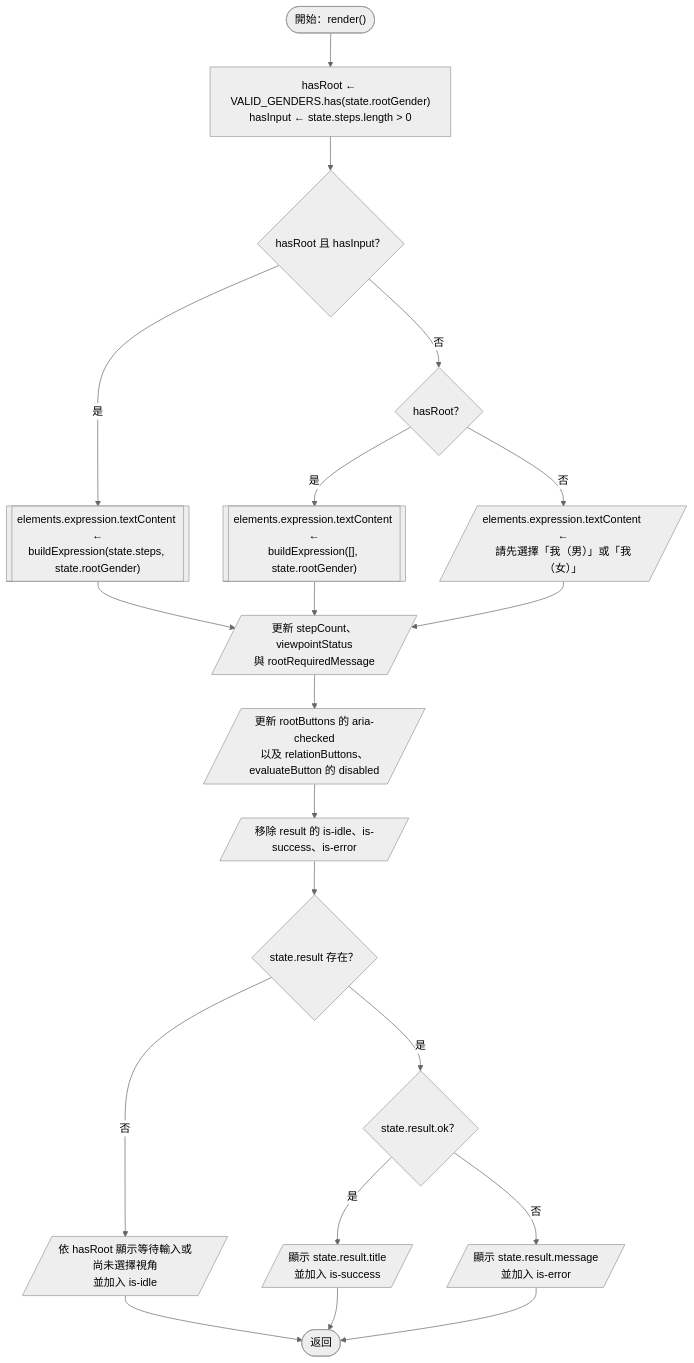
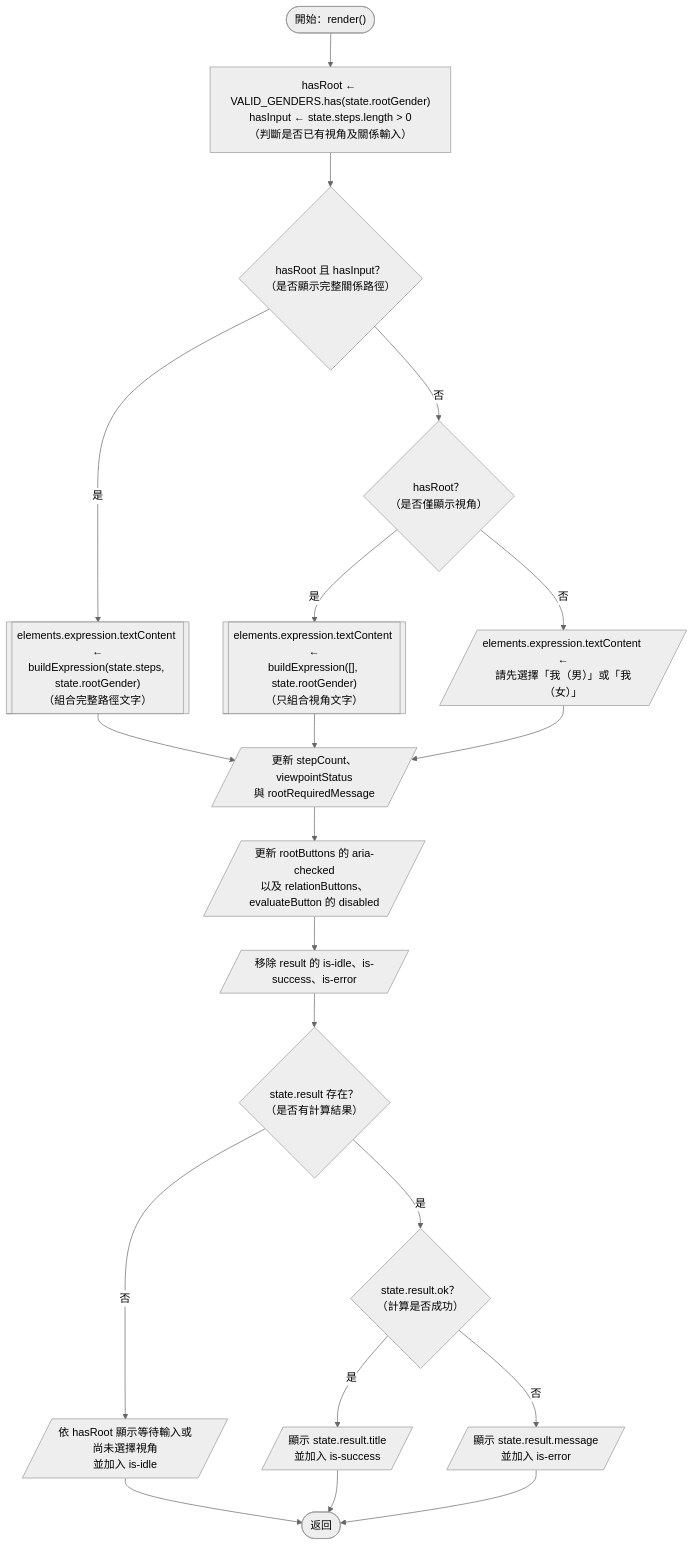
One commit to Chuen666666/hw3 changed diagram 13 of 29 in README.md. Above: the diagram before and after it, drawn with Mermaid (neutral theme). The commit also changed other lines of this file and 1 other file, not shown here.

Commit message:
補充流程圖程式碼中文說明

````diff
--- a/README.md
+++ b/README.md
@@ -159,22 +159,22 @@
 ```mermaid
 flowchart TD
-    START(["開始：render()"]) --> FLAGS["hasRoot ← VALID_GENDERS.has(state.rootGender)<br/>hasInput ← state.steps.length > 0"]
-    FLAGS --> BOTH{"hasRoot 且 hasInput？"}
-    BOTH -- "是" --> EXPRESSION_FULL[["elements.expression.textContent ←<br/>buildExpression(state.steps, state.rootGender)"]]
-    BOTH -- "否" --> ROOT_ONLY{"hasRoot？"}
-    ROOT_ONLY -- "是" --> EXPRESSION_ROOT[["elements.expression.textContent ←<br/>buildExpression([], state.rootGender)"]]
+    START(["開始：render()"]) --> FLAGS["hasRoot ← VALID_GENDERS.has(state.rootGender)<br/>hasInput ← state.steps.length > 0<br/>（判斷是否已有視角及關係輸入）"]
+    FLAGS --> BOTH{"hasRoot 且 hasInput？<br/>（是否顯示完整關係路徑）"}
+    BOTH -- "是" --> EXPRESSION_FULL[["elements.expression.textContent ←<br/>buildExpression(state.steps, state.rootGender)<br/>（組合完整路徑文字）"]]
+    BOTH -- "否" --> ROOT_ONLY{"hasRoot？<br/>（是否僅顯示視角）"}
+    ROOT_ONLY -- "是" --> EXPRESSION_ROOT[["elements.expression.textContent ←<br/>buildExpression([], state.rootGender)<br/>（只組合視角文字）"]]
     ROOT_ONLY -- "否" --> EXPRESSION_EMPTY[/"elements.expression.textContent ←<br/>請先選擇「我（男）」或「我（女）」"/]
     EXPRESSION_FULL --> OUTPUT_MAIN[/"更新 stepCount、viewpointStatus<br/>與 rootRequiredMessage"/]
     EXPRESSION_ROOT --> OUTPUT_MAIN
     EXPRESSION_EMPTY --> OUTPUT_MAIN
     OUTPUT_MAIN --> OUTPUT_BUTTONS[/"更新 rootButtons 的 aria-checked<br/>以及 relationButtons、evaluateButton 的 disabled"/]
     OUTPUT_BUTTONS --> RESET_CLASS[/"移除 result 的 is-idle、is-success、is-error"/]
-    RESET_CLASS --> HAS_RESULT{"state.result 存在？"}
+    RESET_CLASS --> HAS_RESULT{"state.result 存在？<br/>（是否有計算結果）"}
     HAS_RESULT -- "否" --> IDLE[/"依 hasRoot 顯示等待輸入或尚未選擇視角<br/>並加入 is-idle"/]
     IDLE --> RETURN(["返回"])
-    HAS_RESULT -- "是" --> OK{"state.result.ok？"}
+    HAS_RESULT -- "是" --> OK{"state.result.ok？<br/>（計算是否成功）"}
     OK -- "是" --> SUCCESS[/"顯示 state.result.title<br/>並加入 is-success"/]
     OK -- "否" --> ERROR[/"顯示 state.result.message<br/>並加入 is-error"/]
     SUCCESS --> RETURN
     ERROR --> RETURN
 ```
````
